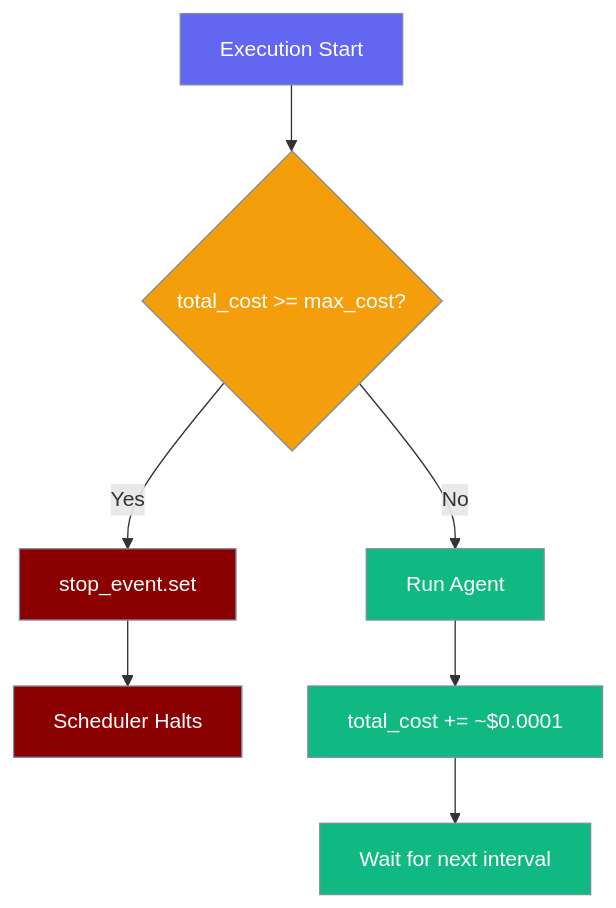
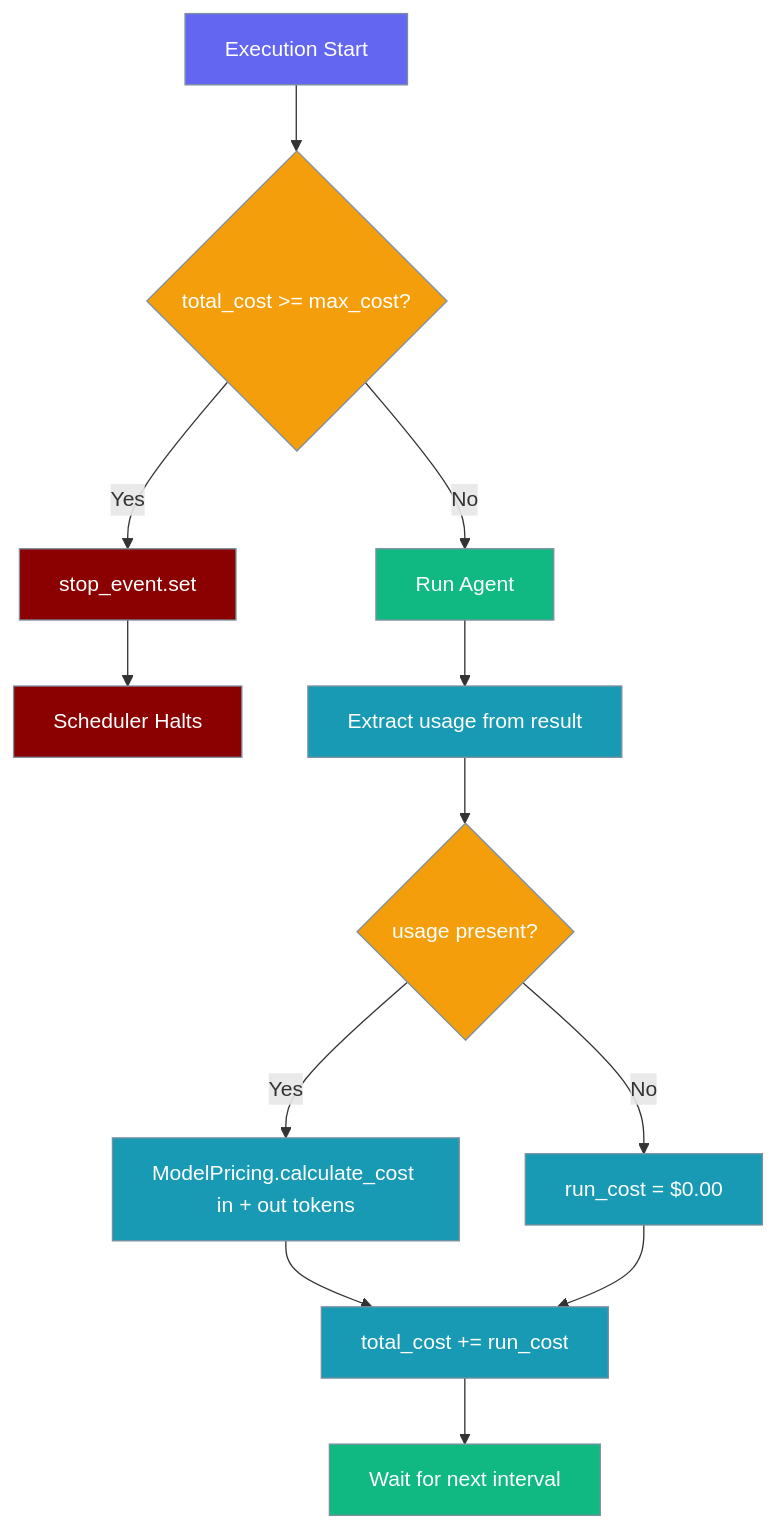
Before and after one commit to MervinPraison/PraisonAIDocs: the fourth of 4 diagrams in docs/features/async-agent-scheduler.mdx, drawn with Mermaid. The commit also changed other lines of this file and 4 other files, not shown here.

````diff
--- a/docs/features/async-agent-scheduler.mdx
+++ b/docs/features/async-agent-scheduler.mdx
@@ -389,18 +393,25 @@
 ```mermaid
 graph TB
     Start[Execution Start] --> Check{total_cost >= max_cost?}
     Check -->|Yes| Stop[stop_event.set] --> Halt[Scheduler Halts]
     Check -->|No| Run[Run Agent]
-    Run --> AddCost[total_cost += ~$0.0001]
+    Run --> Extract[Extract usage from result]
+    Extract --> HasUsage{usage present?}
+    HasUsage -->|Yes| Price[ModelPricing.calculate_cost in + out tokens]
+    HasUsage -->|No| Zero[run_cost = $0.00]
+    Price --> AddCost[total_cost += run_cost]
+    Zero --> AddCost
     AddCost --> NextLoop[Wait for next interval]
-    
+
     classDef start fill:#6366F1,stroke:#7C90A0,color:#fff
     classDef check fill:#F59E0B,stroke:#7C90A0,color:#fff
     classDef stop fill:#8B0000,stroke:#7C90A0,color:#fff
     classDef run fill:#10B981,stroke:#7C90A0,color:#fff
-    
+    classDef calc fill:#189AB4,stroke:#7C90A0,color:#fff
+
     class Start start
-    class Check check
+    class Check,HasUsage check
     class Stop,Halt stop
-    class Run,AddCost,NextLoop run
+    class Run,NextLoop run
+    class Extract,Price,Zero,AddCost calc
 ```
````
